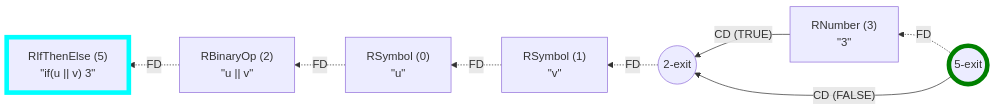
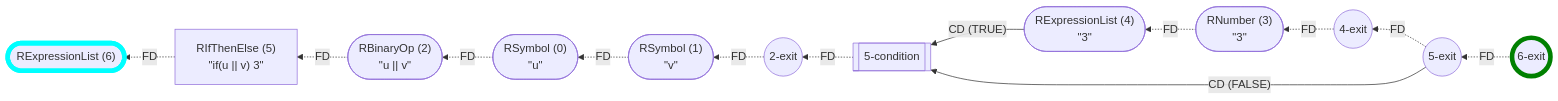
One commit to flowr-analysis/flowr changed the third of 4 diagrams in wiki/Control Flow Graph.md. Above: the diagram before and after it, drawn with Mermaid. The commit also changed other lines of this file and 7 other files, not shown here.

Commit message:
[skip ci] doc: update generated wiki pages (wiki/Capabilities,wiki/Dataflow Graph,wiki/Search API,wiki/Interface,wiki/Control Flow Graph,wiki/Linting and Testing,wiki/Core,README)

````diff
--- a/wiki/Control Flow Graph.md
+++ b/wiki/Control Flow Graph.md
@@ -124,23 +144,34 @@
 ```mermaid
 flowchart RL
+    n6(["`RExpressionList (6)`"])
     n5["`RIfThenElse (5)
 #34;if(u || v) 3#34;`"]
+    n5-condition[[5-condition]]
     n5-exit((5-exit))
-    n0["`RSymbol (0)
-#34;u#34;`"]
-    n1["`RSymbol (1)
-#34;v#34;`"]
-    n2["`RBinaryOp (2)
-#34;u || v#34;`"]
+    n0(["`RSymbol (0)
+#34;u#34;`"])
+    n1(["`RSymbol (1)
+#34;v#34;`"])
+    n2(["`RBinaryOp (2)
+#34;u || v#34;`"])
     n2-exit((2-exit))
-    n3["`RNumber (3)
-#34;3#34;`"]
+    n4(["`RExpressionList (4)
+#34;3#34;`"])
+    n3(["`RNumber (3)
+#34;3#34;`"])
+    n4-exit((4-exit))
+    n6-exit((6-exit))
+    n5 -.->|"FD"| n6
     n1 -.->|"FD"| n0
     n0 -.->|"FD"| n2
     n2-exit -.->|"FD"| n1
-    n3 -->|"CD (TRUE)"| n2-exit
+    n3 -.->|"FD"| n4
+    n4-exit -.->|"FD"| n3
+    n5-condition -.->|"FD"| n2-exit
+    n4 -->|"CD (TRUE)"| n5-condition
     n2 -.->|"FD"| n5
-    n5-exit -.->|"FD"| n3
-    n5-exit -->|"CD (FALSE)"| n2-exit
-    style n5 stroke:cyan,stroke-width:6.5px;    style n5-exit stroke:green,stroke-width:6.5px;
+    n5-exit -.->|"FD"| n4-exit
+    n5-exit -->|"CD (FALSE)"| n5-condition
+    n6-exit -.->|"FD"| n5-exit
+    style n6 stroke:cyan,stroke-width:6.5px;    style n6-exit stroke:green,stroke-width:6.5px;
 ```
````
